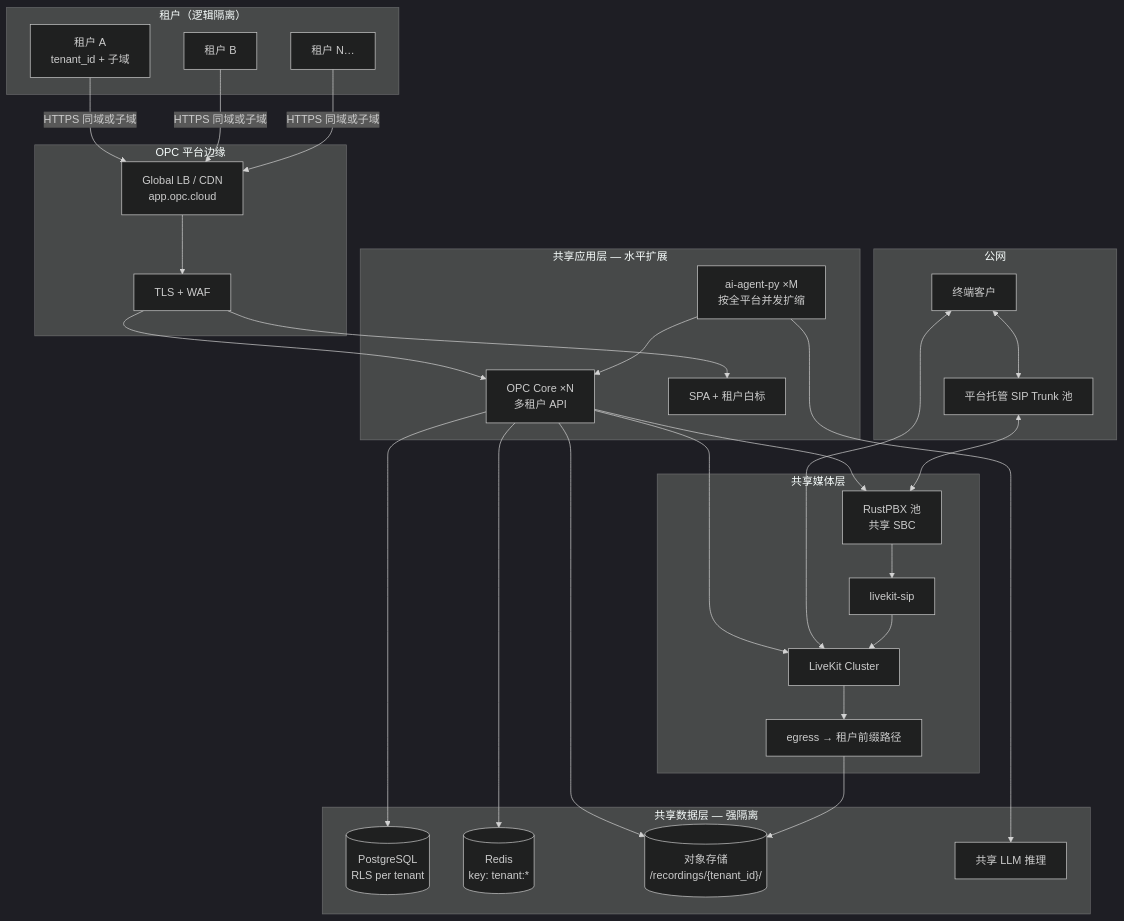
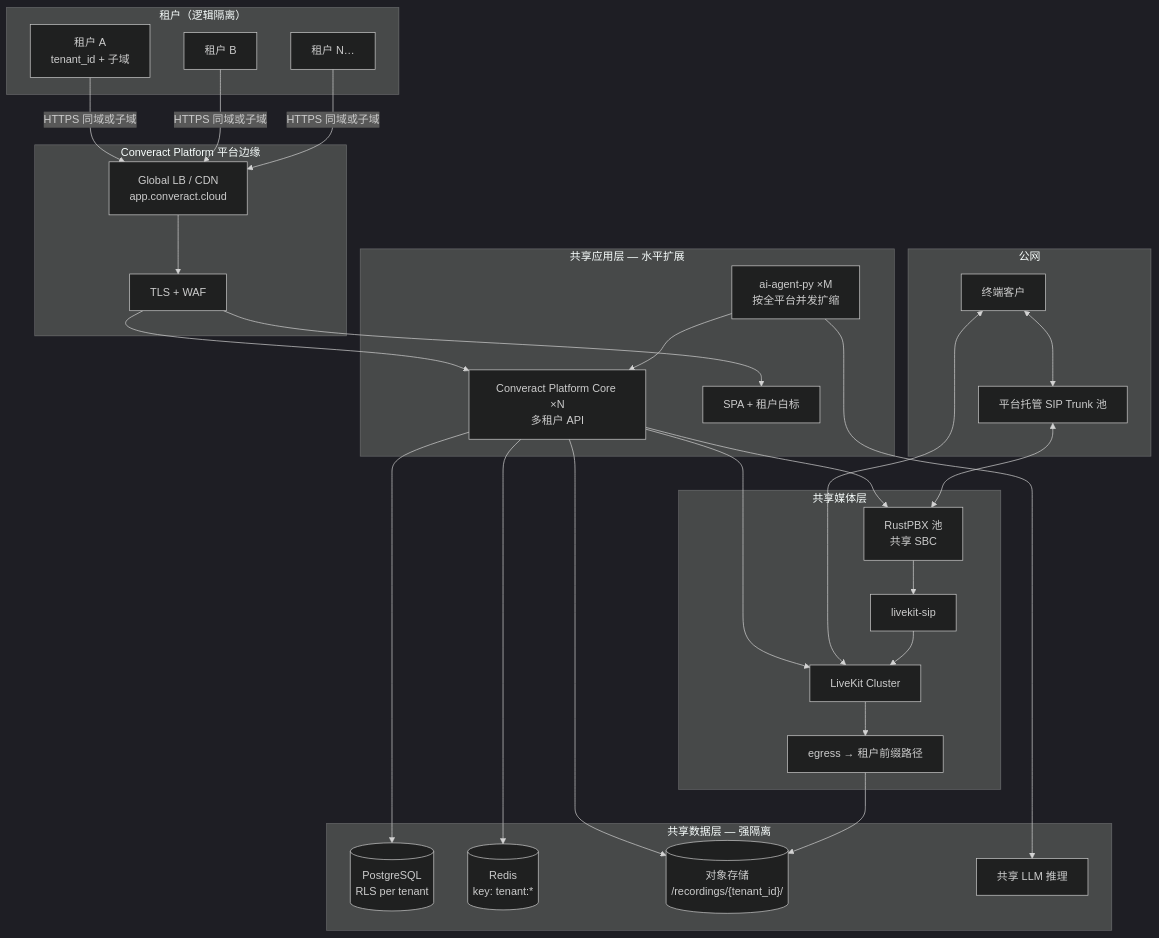
Before and after one commit to songgoldenwind-crypto/converact-platform: the sixth of 16 diagrams in docs/design/super-contact-center-platform-vision.md, drawn with Mermaid (dark theme). The commit also changed other lines of this file and 1807 other files, not shown here.

````diff
--- a/docs/design/super-contact-center-platform-vision.md
+++ b/docs/design/super-contact-center-platform-vision.md
@@ -851,48 +851,48 @@
 ```mermaid
 flowchart TB
   subgraph Tenants["租户（逻辑隔离）"]
     T1["租户 A<br/>tenant_id + 子域"]
     T2["租户 B"]
     T3["租户 N…"]
   end
 
   subgraph Internet["公网"]
     PSTN["平台托管 SIP Trunk 池"]
     CUST["终端客户"]
   end
 
-  subgraph Edge["OPC 平台边缘"]
-    LB["Global LB / CDN<br/>app.opc.cloud"]
+  subgraph Edge["Converact Platform 平台边缘"]
+    LB["Global LB / CDN<br/>app.converact.cloud"]
     TLS["TLS + WAF"]
   end
 
   subgraph AppTier["共享应用层 — 水平扩展"]
-    OPC1["OPC Core ×N<br/>多租户 API"]
+    OPC1["Converact Platform Core ×N<br/>多租户 API"]
     FE["SPA + 租户白标"]
     AGT_POOL["ai-agent-py ×M<br/>按全平台并发扩缩"]
   end
 
   subgraph MediaTier["共享媒体层"]
     LK_C["LiveKit Cluster"]
     RPBX_E["RustPBX 池<br/>共享 SBC"]
     SIPB_C["livekit-sip"]
     EGR_C["egress → 租户前缀路径"]
   end
 
   subgraph DataTier["共享数据层 — 强隔离"]
     PG_HA[("PostgreSQL<br/>RLS per tenant")]
     RD_C[("Redis<br/>key: tenant:*")]
     OBJ[("对象存储<br/>/recordings/{tenant_id}/")]
     LLM_SVC["共享 LLM 推理"]
   end
 
   T1 & T2 & T3 -->|HTTPS 同域或子域| LB
   LB --> TLS --> OPC1 & FE
   OPC1 --> PG_HA & RD_C & OBJ
   OPC1 --> LK_C & RPBX_E
   AGT_POOL --> OPC1 & LLM_SVC
   PSTN <--> RPBX_E
   CUST <--> LK_C & PSTN
   RPBX_E --> SIPB_C --> LK_C
   LK_C --> EGR_C --> OBJ
 ```
````
